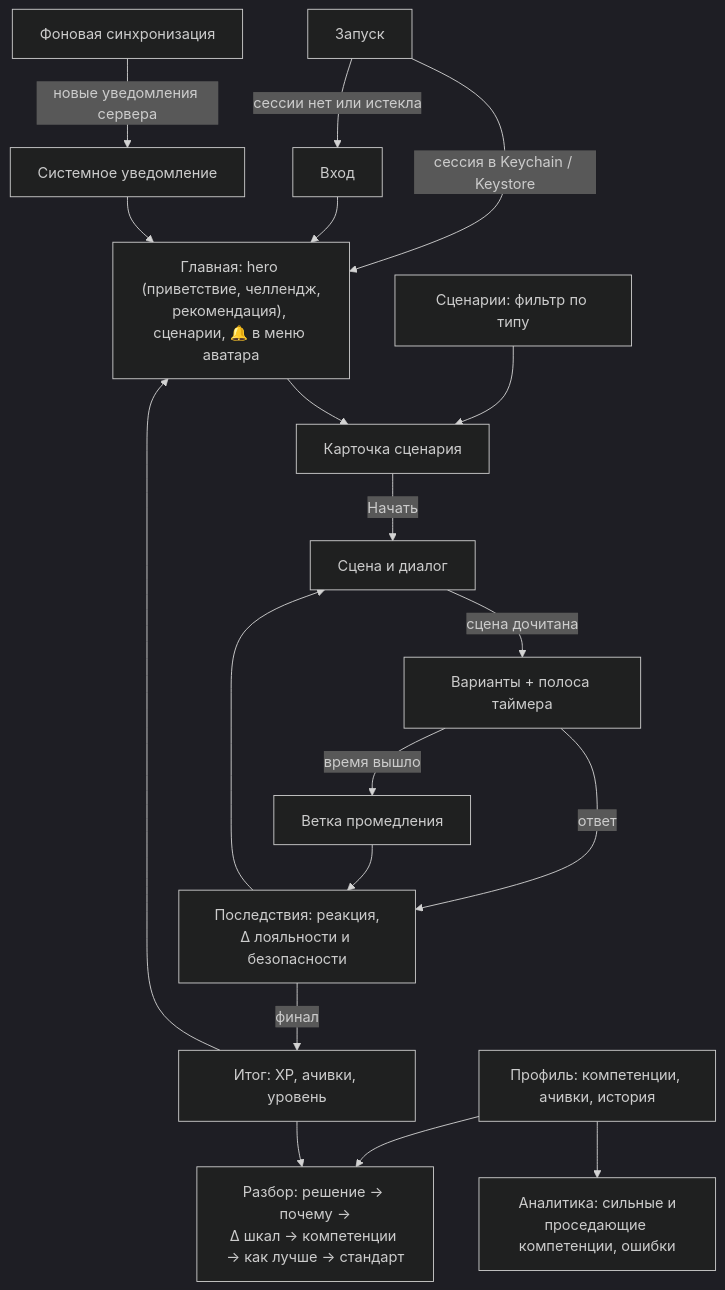
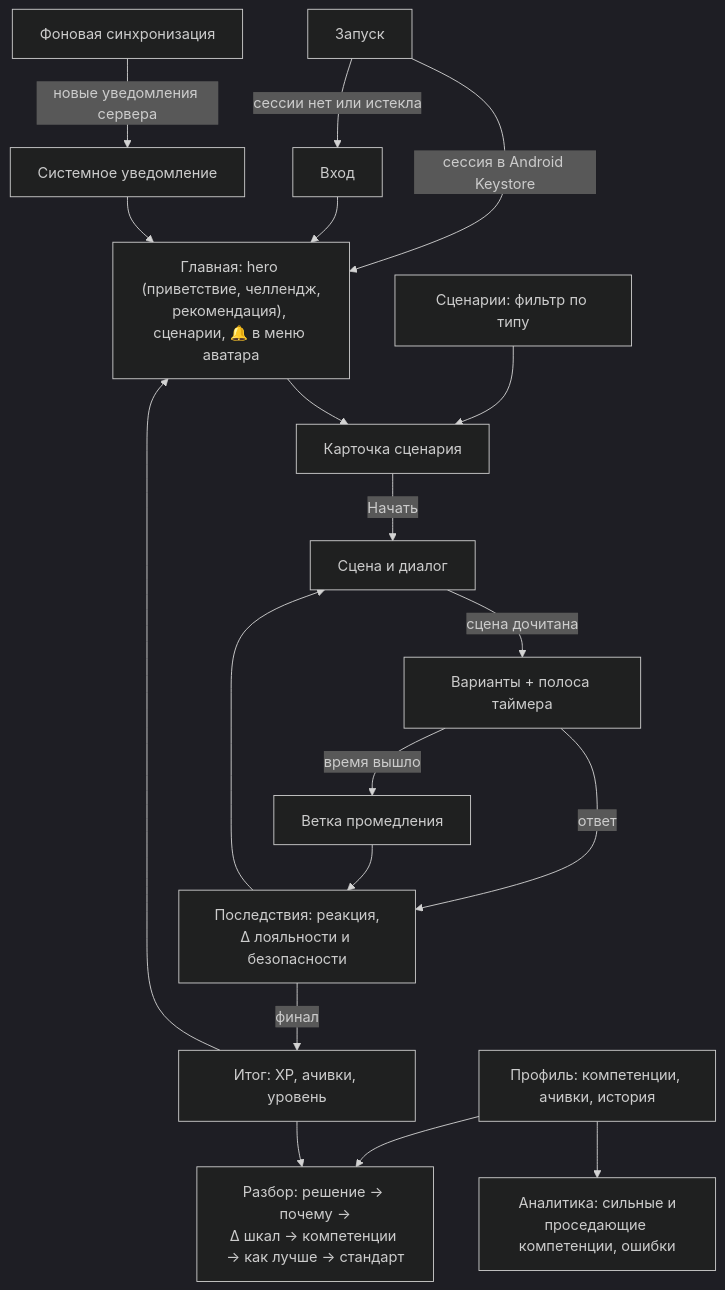
Before and after one commit to kelw1n25/vsm-trainer: the second of 2 diagrams in docs/USER_FLOW.md, drawn with Mermaid (dark theme). The commit also changed other lines of this file and 251 other files, not shown here.

````diff
--- a/docs/USER_FLOW.md
+++ b/docs/USER_FLOW.md
@@ -75,17 +75,17 @@
 ```mermaid
 flowchart TD
-    LA["Запуск"] -->|"сессия в Keychain / Keystore"| HO
+    LA["Запуск"] -->|"сессия в Android Keystore"| HO
     LA -->|"сессии нет или истекла"| LO["Вход"] --> HO
     HO["Главная: hero (приветствие, челлендж,<br/>рекомендация), сценарии, 🔔 в меню аватара"] --> SD
     CAT["Сценарии: фильтр по типу"] --> SD["Карточка сценария"]
     SD -->|"Начать"| PL["Сцена и диалог"]
     PL -->|"сцена дочитана"| CH["Варианты + полоса таймера"]
     CH -->|"ответ"| CO["Последствия: реакция,<br/>Δ лояльности и безопасности"]
     CH -->|"время вышло"| TO["Ветка промедления"] --> CO
     CO --> PL
     CO -->|"финал"| FI["Итог: XP, ачивки, уровень"] --> DE["Разбор: решение → почему →<br/>Δ шкал → компетенции → как лучше → стандарт"]
     FI --> HO
     PR["Профиль: компетенции, ачивки, история"] --> AN["Аналитика: сильные и<br/>проседающие компетенции, ошибки"]
     PR --> DE
     BG["Фоновая синхронизация"] -->|"новые уведомления сервера"| PUSH["Системное уведомление"] --> HO
 ```
````
